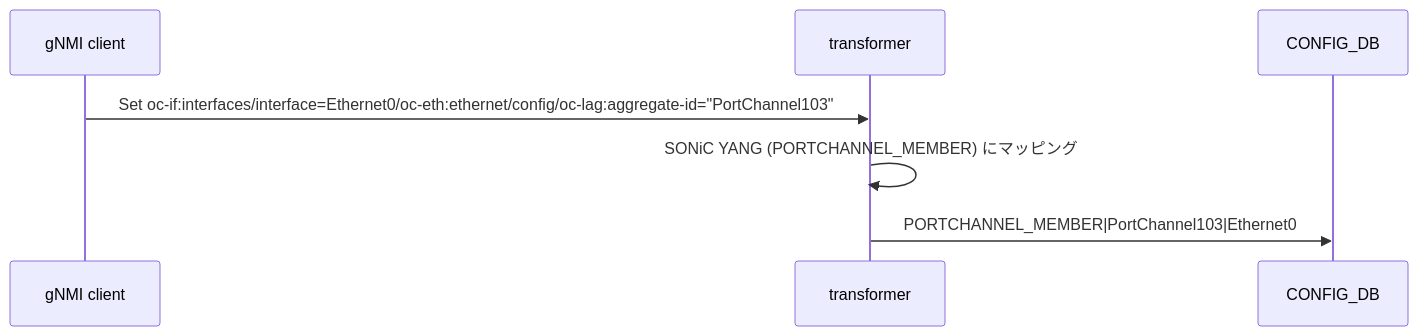
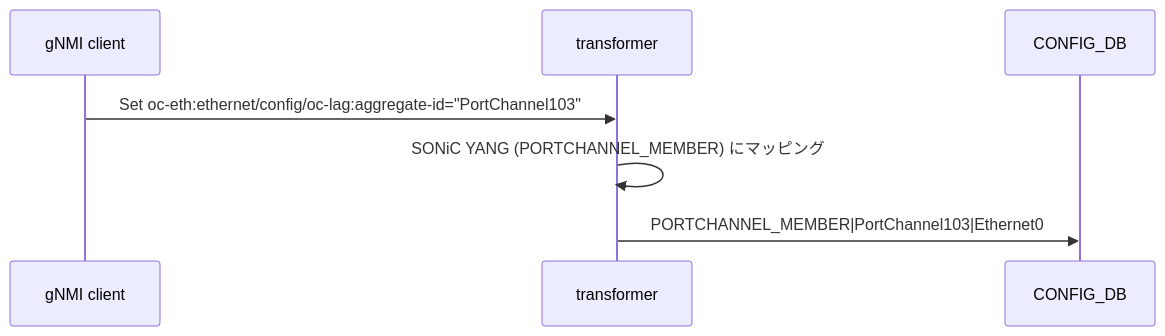
Before and after one commit to aoki-taquan/sonic-unofficial-docs: the second of 2 diagrams in docs/switching/openconfig-support-for-portchannel-aggregate-interface.md, drawn with Mermaid. The commit also changed other lines of this file and 7 other files, not shown here.

````diff
--- a/docs/switching/openconfig-support-for-portchannel-aggregate-interface.md
+++ b/docs/switching/openconfig-support-for-portchannel-aggregate-interface.md
@@ -131,9 +62,9 @@
 ```mermaid
 sequenceDiagram
     participant U as gNMI client
     participant XF as transformer
     participant CDB as CONFIG_DB
-    U->>XF: Set oc-if:interfaces/interface=Ethernet0/oc-eth:ethernet/config/oc-lag:aggregate-id="PortChannel103"
+    U->>XF: Set oc-eth:ethernet/config/oc-lag:aggregate-id="PortChannel103"
     XF->>XF: SONiC YANG (PORTCHANNEL_MEMBER) にマッピング
     XF->>CDB: PORTCHANNEL_MEMBER|PortChannel103|Ethernet0
 ```
````
